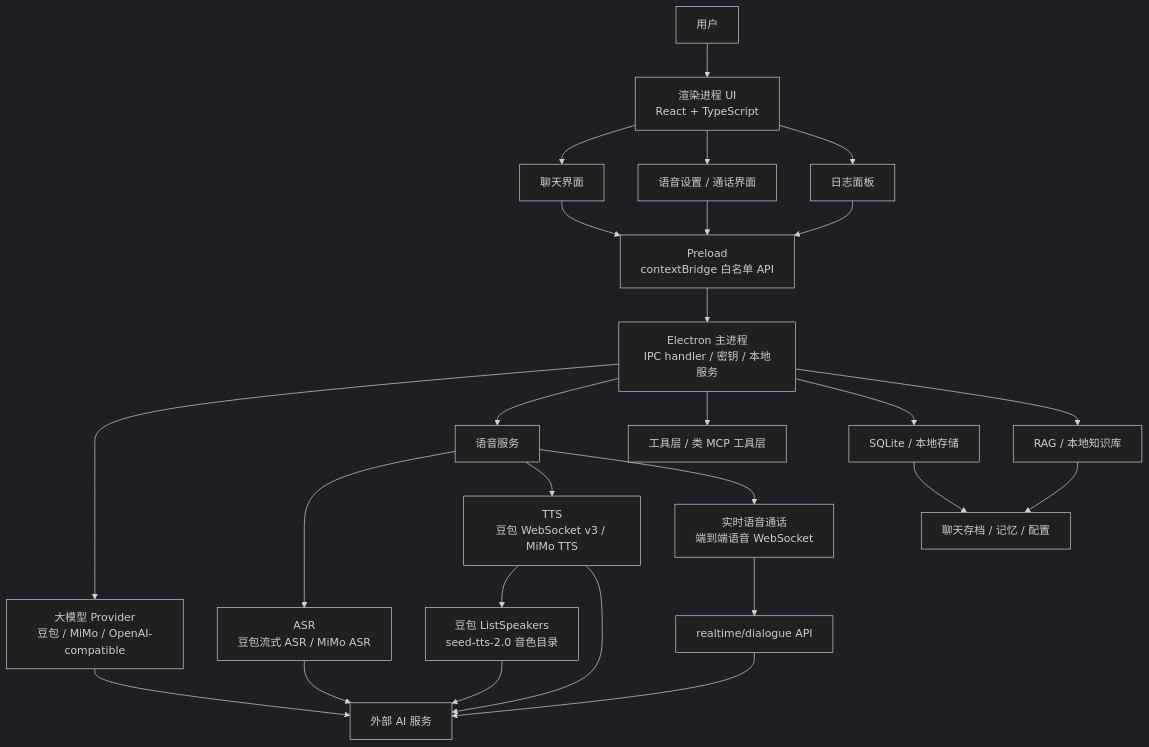
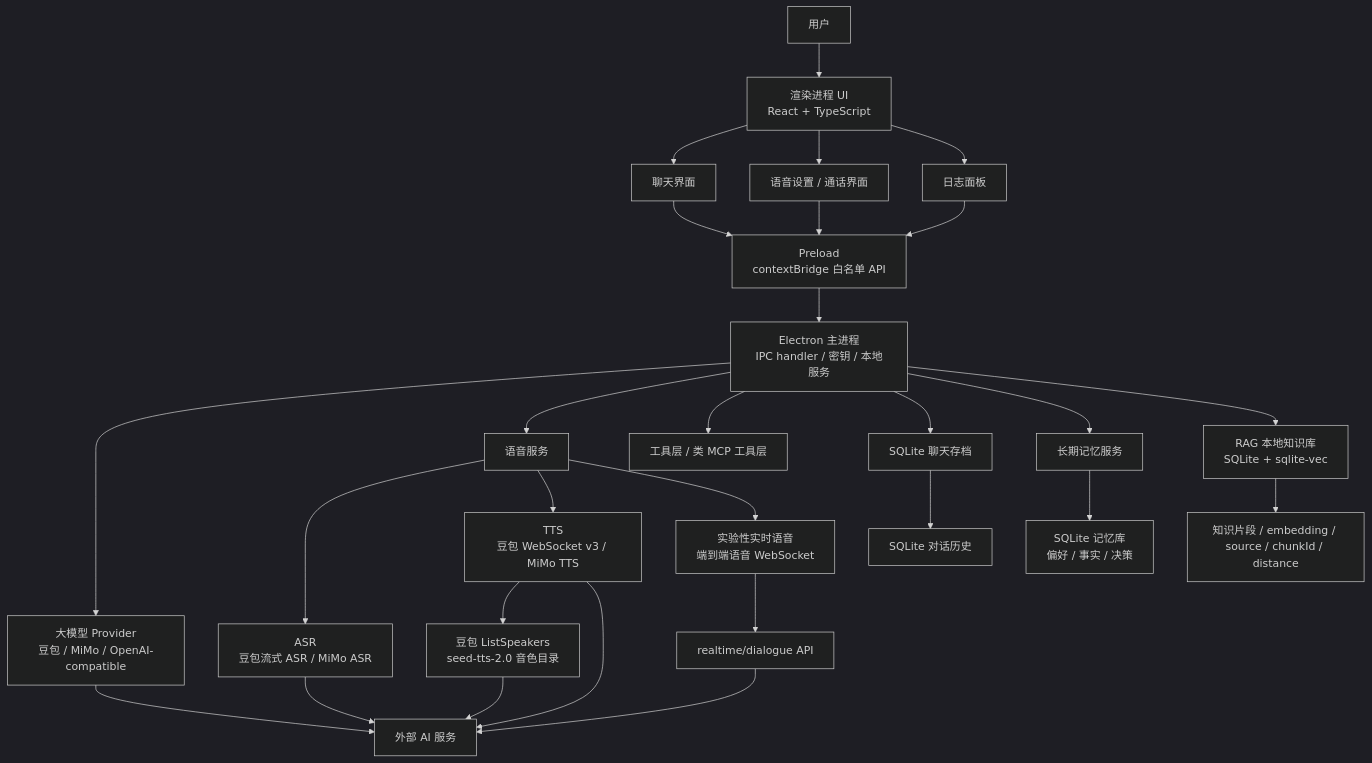
The first of 7 diagrams in README.md (2535058466asd/ai-assistant-desktop), drawn with Mermaid (dark theme) before and after one commit. The commit also changed other lines of this file and 2 other files, not shown here.

````diff
--- a/README.md
+++ b/README.md
@@ -30,36 +31,38 @@
 ```mermaid
 flowchart TB
   User["用户"] --> UI["渲染进程 UI<br/>React + TypeScript"]
 
   UI --> ChatUI["聊天界面"]
   UI --> VoiceUI["语音设置 / 通话界面"]
   UI --> LogUI["日志面板"]
 
   ChatUI --> IPC["Preload<br/>contextBridge 白名单 API"]
   VoiceUI --> IPC
   LogUI --> IPC
 
   IPC --> Main["Electron 主进程<br/>IPC handler / 密钥 / 本地服务"]
 
   Main --> LLM["大模型 Provider<br/>豆包 / MiMo / OpenAI-compatible"]
   Main --> Voice["语音服务"]
   Main --> Tools["工具层 / 类 MCP 工具层"]
-  Main --> Storage["SQLite / 本地存储"]
-  Main --> RAG["RAG / 本地知识库"]
+  Main --> Archive["SQLite 聊天存档"]
+  Main --> MemorySvc["长期记忆服务"]
+  Main --> RAG["RAG 本地知识库<br/>SQLite + sqlite-vec"]
 
   Voice --> ASR["ASR<br/>豆包流式 ASR / MiMo ASR"]
   Voice --> TTS["TTS<br/>豆包 WebSocket v3 / MiMo TTS"]
-  Voice --> Realtime["实时语音通话<br/>端到端语音 WebSocket"]
+  Voice --> Realtime["实验性实时语音<br/>端到端语音 WebSocket"]
 
   TTS --> Catalog["豆包 ListSpeakers<br/>seed-tts-2.0 音色目录"]
   Realtime --> DialogAPI["realtime/dialogue API"]
 
   LLM --> External["外部 AI 服务"]
   ASR --> External
   TTS --> External
   Catalog --> External
   DialogAPI --> External
 
-  Storage --> Memory["聊天存档 / 记忆 / 配置"]
-  RAG --> Memory
+  RAG --> Vec["知识片段 / embedding / source / chunkId / distance"]
+  MemorySvc --> MemoryDB["SQLite 记忆库<br/>偏好 / 事实 / 决策"]
+  Archive --> ChatDB["SQLite 对话历史"]
 ```
````
